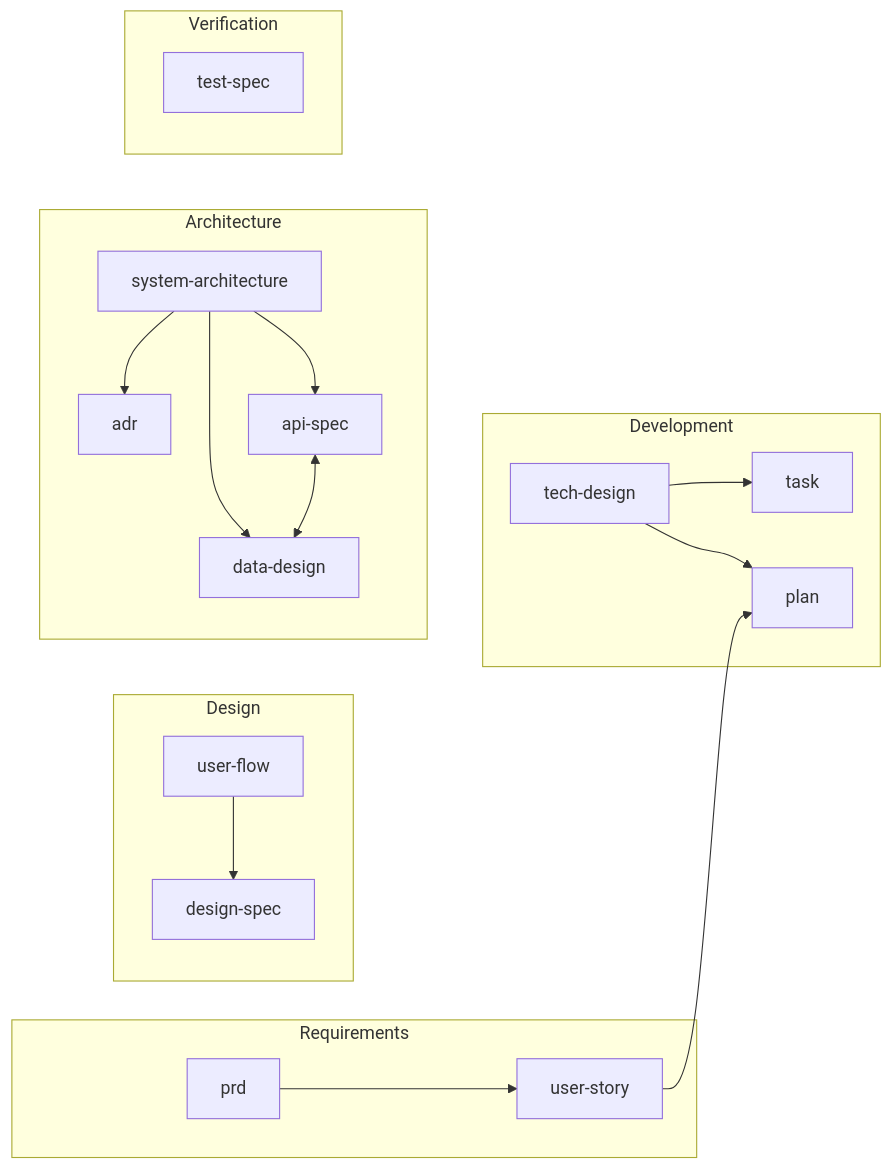
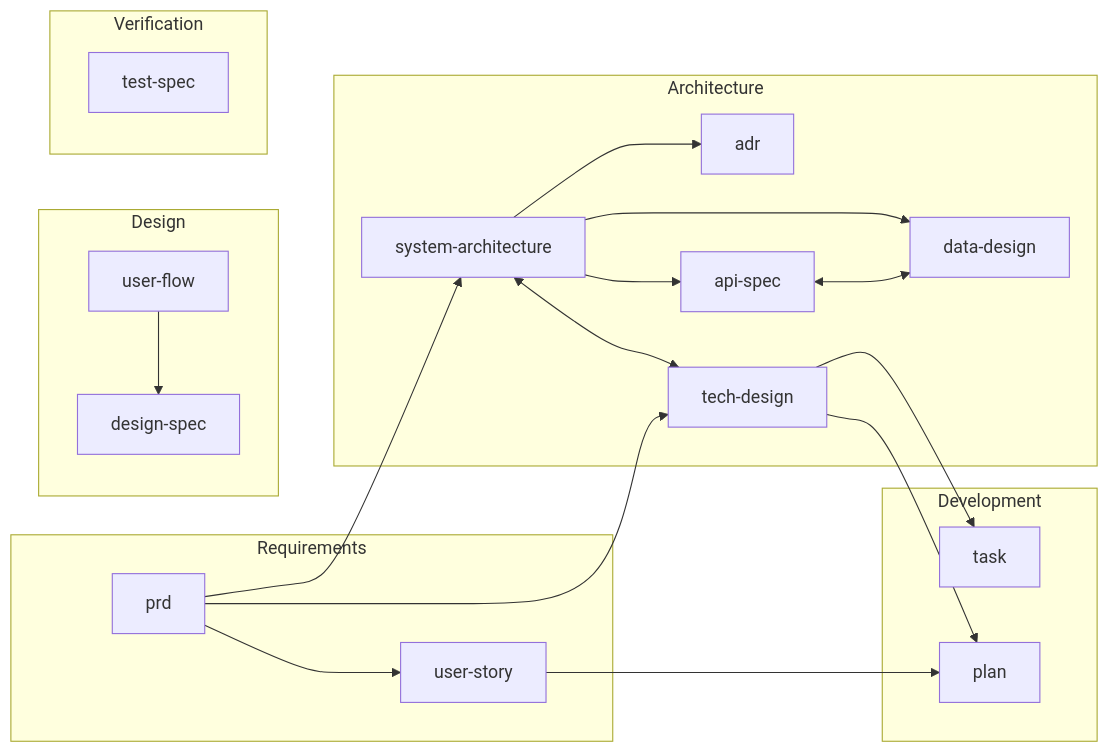
Before and after one commit to clitetailor/artifact-driven-development: the second of 2 diagrams in reference/artifact-dep-graph.md, drawn with Mermaid. The commit also changed other lines of this file and 2 other files, not shown here.

First line of the commit message:
Support flexible Top-Down/Bottom-Up tech-design workflows

````diff
--- a/reference/artifact-dep-graph.md
+++ b/reference/artifact-dep-graph.md
@@ -41,23 +41,27 @@
 ```mermaid
 graph LR
     subgraph REQ[Requirements]
         ROOT["prd"] --> STORY[user-story]
     end
     subgraph DES[Design]
         UF[user-flow] --> DS[design-spec]
     end
     subgraph ARC[Architecture]
         SA[system-architecture] --> ADR[adr]
-        SA[system-architecture] --> API[api-spec]
+        SA --> API[api-spec]
         SA --> DD[data-design]
         API <--> DD
+        SA <--> TD[tech-design]
     end
     subgraph DEV[Development]
-        TD[tech-design] --> TASK[task]
+        TD --> TASK[task]
         TD --> PLAN["plan"]
         STORY --> PLAN
     end
     subgraph VER[Verification]
         TS[test-spec]
     end
+
+    ROOT --> SA
+    ROOT --> TD
 ```
````
